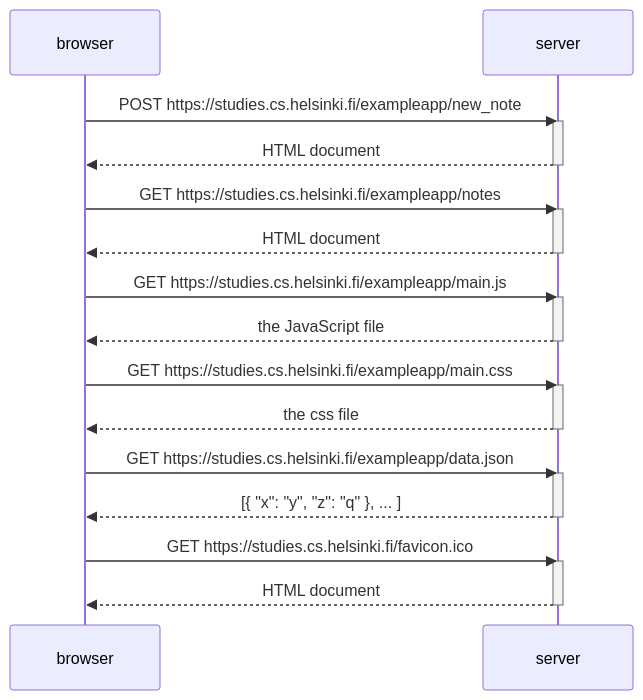
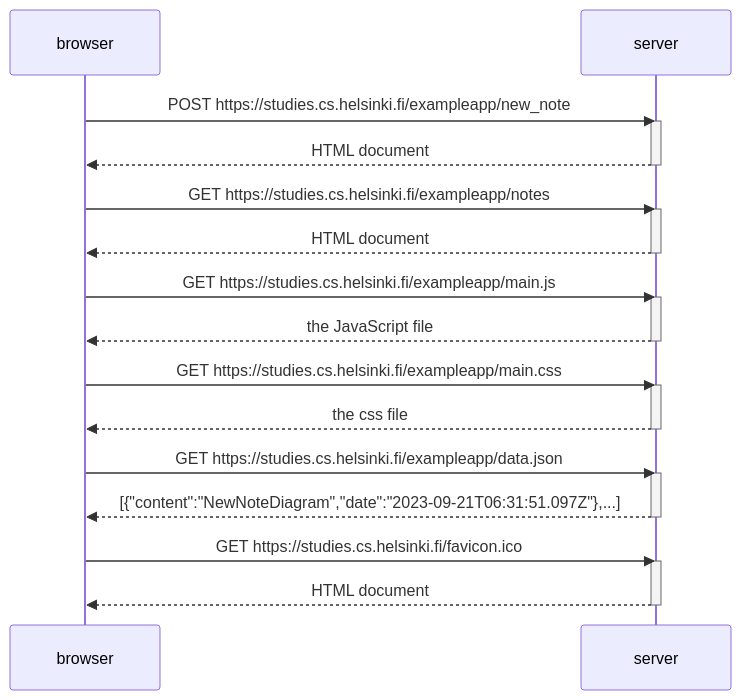
Before and after one commit to tjvalkonen/FullStackOpen: the diagram in Osa0/test.md, drawn with Mermaid.

````diff
--- a/Osa0/test.md
+++ b/Osa0/test.md
@@ -1,35 +1,35 @@
 ```mermaid
 sequenceDiagram
     participant browser
     participant server
 
     browser->>server: POST https://studies.cs.helsinki.fi/exampleapp/new_note
     activate server
     server-->>browser: HTML document
     deactivate server
 
     browser->>server: GET https://studies.cs.helsinki.fi/exampleapp/notes
     activate server
     server-->>browser: HTML document
     deactivate server
 
     browser->>server: GET https://studies.cs.helsinki.fi/exampleapp/main.js
     activate server
     server-->>browser: the JavaScript file
     deactivate server
 
     browser->>server: GET https://studies.cs.helsinki.fi/exampleapp/main.css
     activate server
     server-->>browser: the css file
     deactivate server
 
     browser->>server: GET https://studies.cs.helsinki.fi/exampleapp/data.json
     activate server
-    server-->>browser: [{ "x": "y", "z": "q" }, ... ]
+    server-->>browser: [{"content":"NewNoteDiagram","date":"2023-09-21T06:31:51.097Z"},...]
     deactivate server
 
     browser->>server: GET https://studies.cs.helsinki.fi/favicon.ico
     activate server
     server-->>browser: HTML document
     deactivate server
 ```
````
